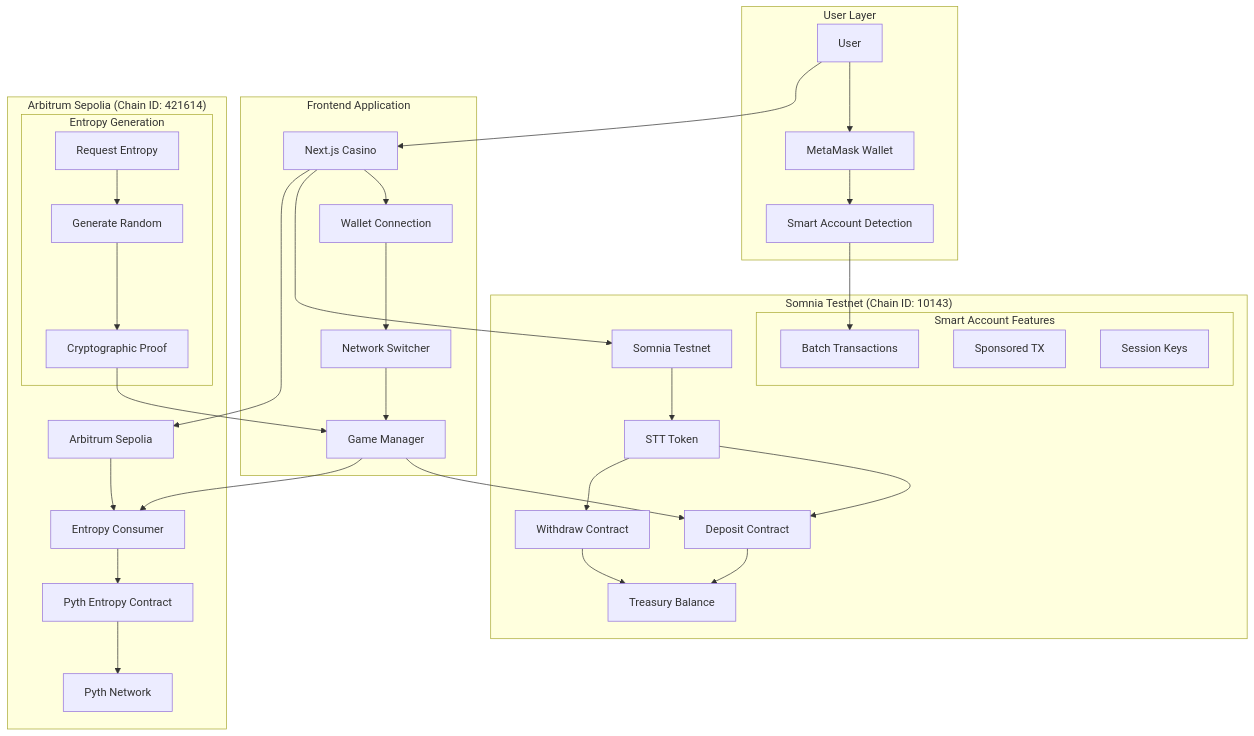
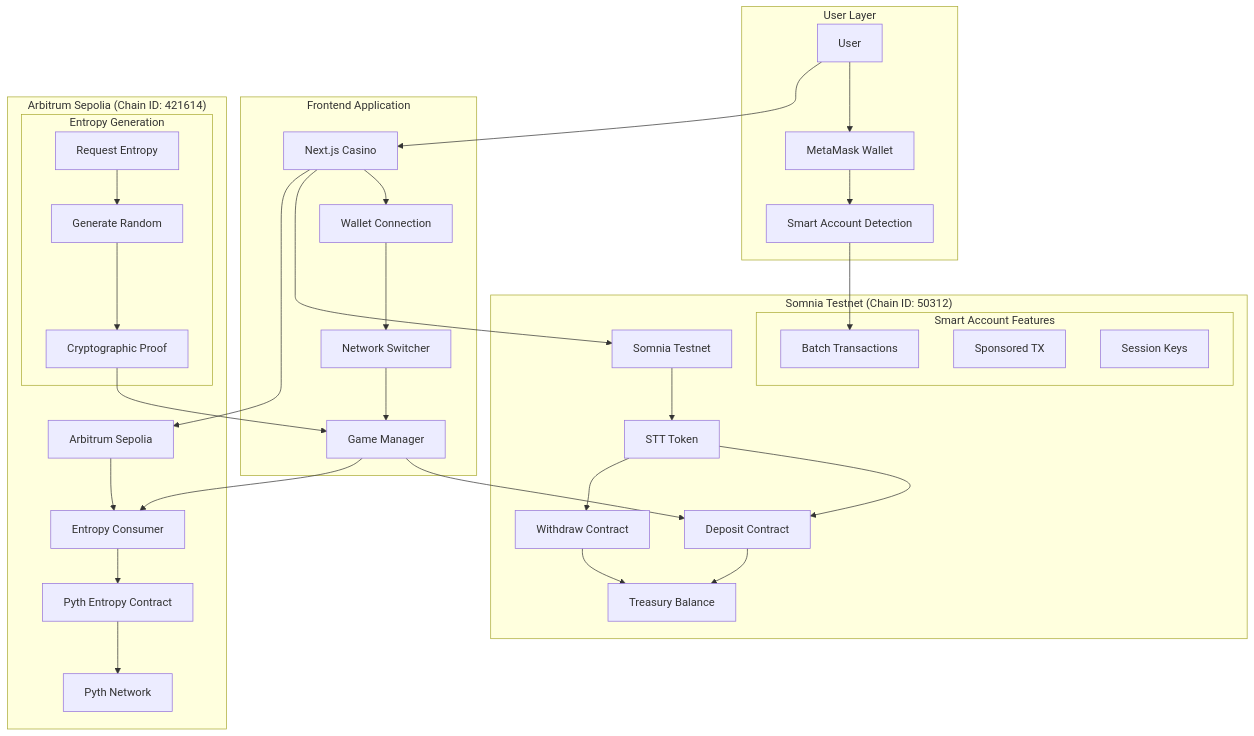
The fourth of 12 diagrams in README.md (AmaanSayyad/APT-Casino-Somnia), drawn with Mermaid before and after one commit. The commit also changed other lines of this file and 2 other files, not shown here.

````diff
--- a/README.md
+++ b/README.md
@@ -319,49 +322,49 @@
 ```mermaid
 graph TB
     subgraph User["User Layer"]
         U[User] --> W[MetaMask Wallet]
         W --> SA[Smart Account Detection]
     end
     
     subgraph Frontend["Frontend Application"]
         F[Next.js Casino] --> WC[Wallet Connection]
         WC --> NS[Network Switcher]
         NS --> GM[Game Manager]
     end
     
-    subgraph Somnia TestnetNet["Somnia Testnet (Chain ID: 10143)"]
+    subgraph Somnia TestnetNet["Somnia Testnet (Chain ID: 50312)"]
         MT[Somnia Testnet] --> STT[STT Token]
         STT --> DEP[Deposit Contract]
         STT --> WITH[Withdraw Contract]
         DEP --> TB[Treasury Balance]
         WITH --> TB
         
         subgraph SmartAccount["Smart Account Features"]
             BATCH[Batch Transactions]
             SPONSOR[Sponsored TX]
             SESSION[Session Keys]
         end
     end
     
     subgraph ArbitrumNet["Arbitrum Sepolia (Chain ID: 421614)"]
         AS[Arbitrum Sepolia] --> EC[Entropy Consumer]
         EC --> PE[Pyth Entropy Contract]
         PE --> PN[Pyth Network]
         
         subgraph EntropyFlow["Entropy Generation"]
             REQ[Request Entropy]
             GEN[Generate Random]
             PROOF[Cryptographic Proof]
         end
     end
     
     U --> F
     F --> MT
     F --> AS
     GM --> DEP
     GM --> EC
     SA --> BATCH
     REQ --> GEN
     GEN --> PROOF
     PROOF --> GM
 ```
````
